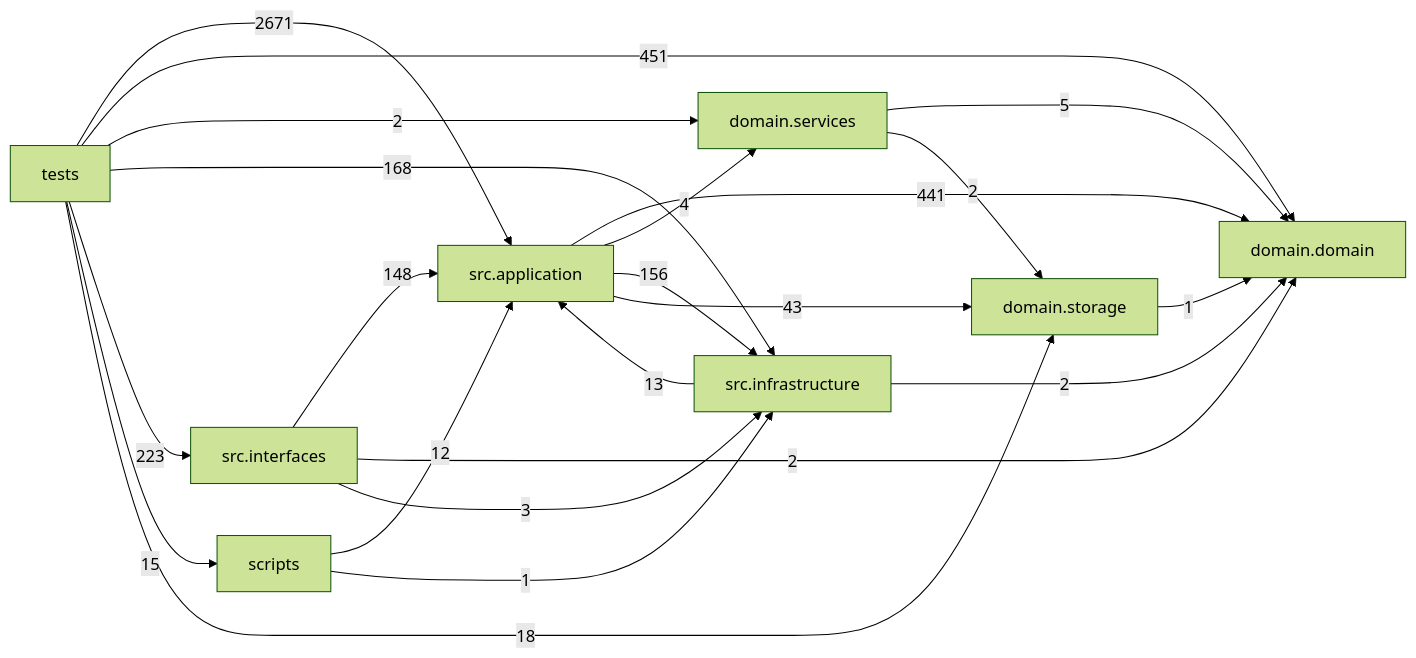
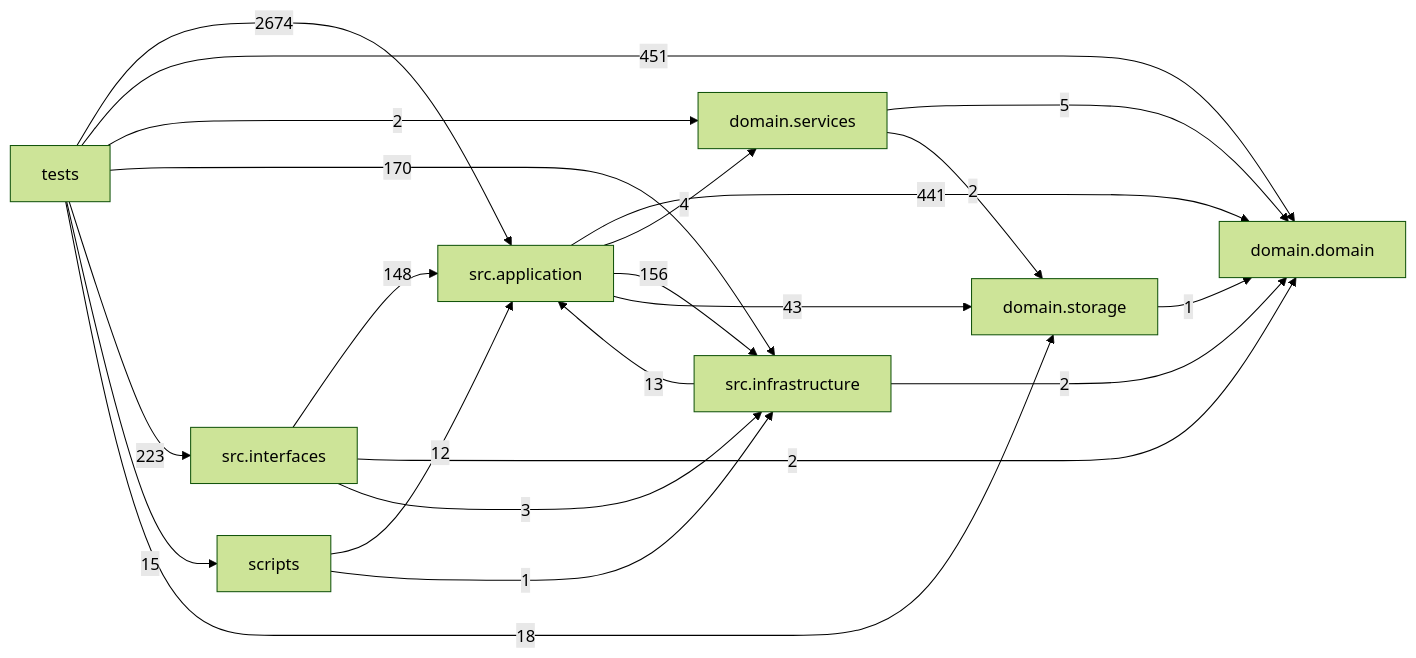
Before and after one commit to liuxie066/options-monitor: the diagram in docs/DEPENDENCY_GRAPH.md, drawn with Mermaid (forest theme). The commit also changed other lines of this file, not shown here.

Commit message:
docs(graph): refresh dependency graph

````diff
--- a/docs/DEPENDENCY_GRAPH.md
+++ b/docs/DEPENDENCY_GRAPH.md
@@ -24,32 +24,32 @@
 ```mermaid
 flowchart LR
   tests["tests"]
   scripts["scripts"]
   interfaces["src.interfaces"]
   application["src.application"]
   infrastructure["src.infrastructure"]
   domain_services["domain.services"]
   domain["domain.domain"]
   storage["domain.storage"]
   application -->|441| domain
   application -->|4| domain_services
   application -->|156| infrastructure
   application -->|43| storage
   domain_services -->|5| domain
   domain_services -->|2| storage
   infrastructure -->|13| application
   infrastructure -->|2| domain
   interfaces -->|148| application
   interfaces -->|2| domain
   interfaces -->|3| infrastructure
   scripts -->|12| application
   scripts -->|1| infrastructure
   storage -->|1| domain
-  tests -->|2671| application
+  tests -->|2674| application
   tests -->|451| domain
   tests -->|2| domain_services
-  tests -->|168| infrastructure
+  tests -->|170| infrastructure
   tests -->|223| interfaces
   tests -->|15| scripts
   tests -->|18| storage
 ```
````
